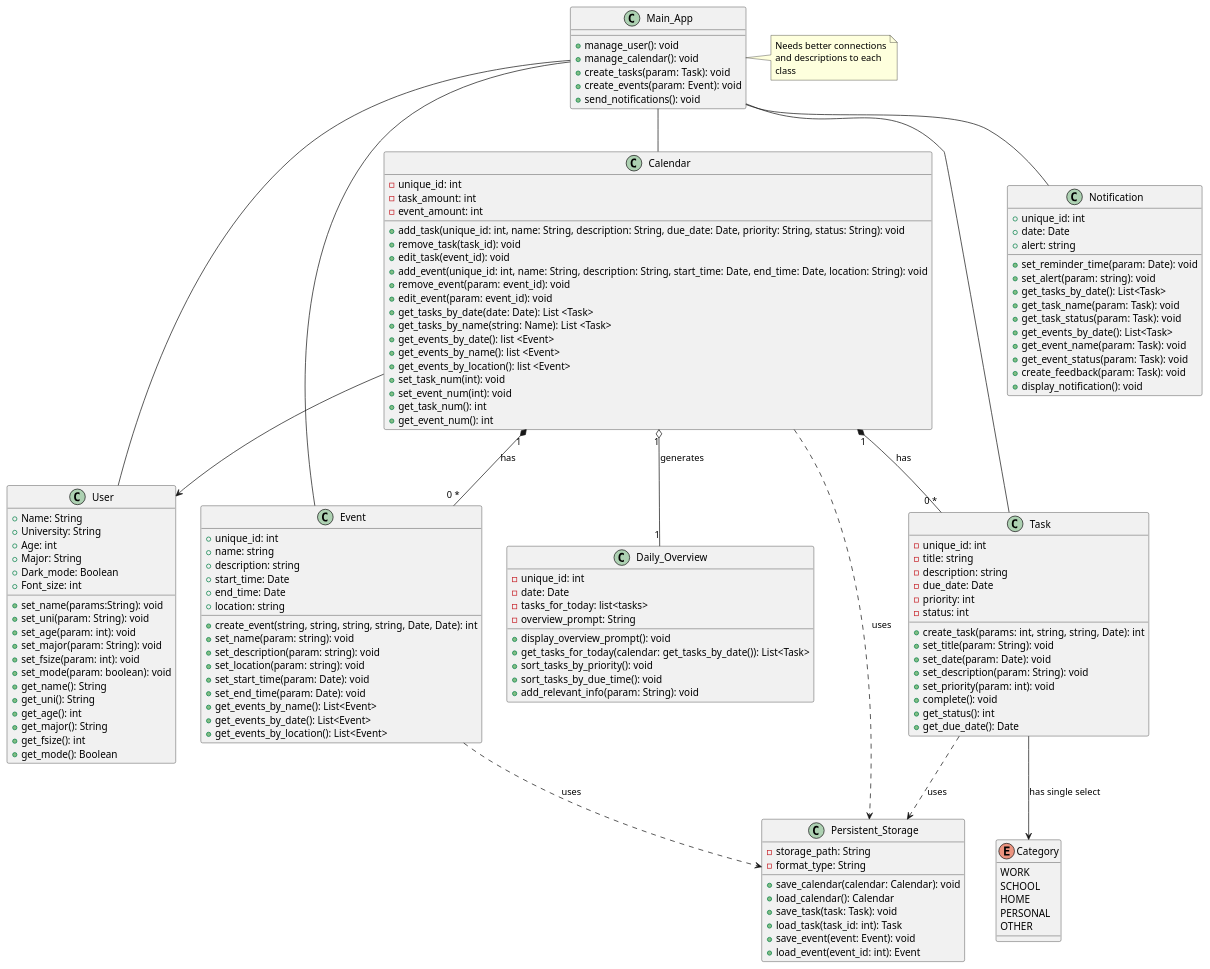
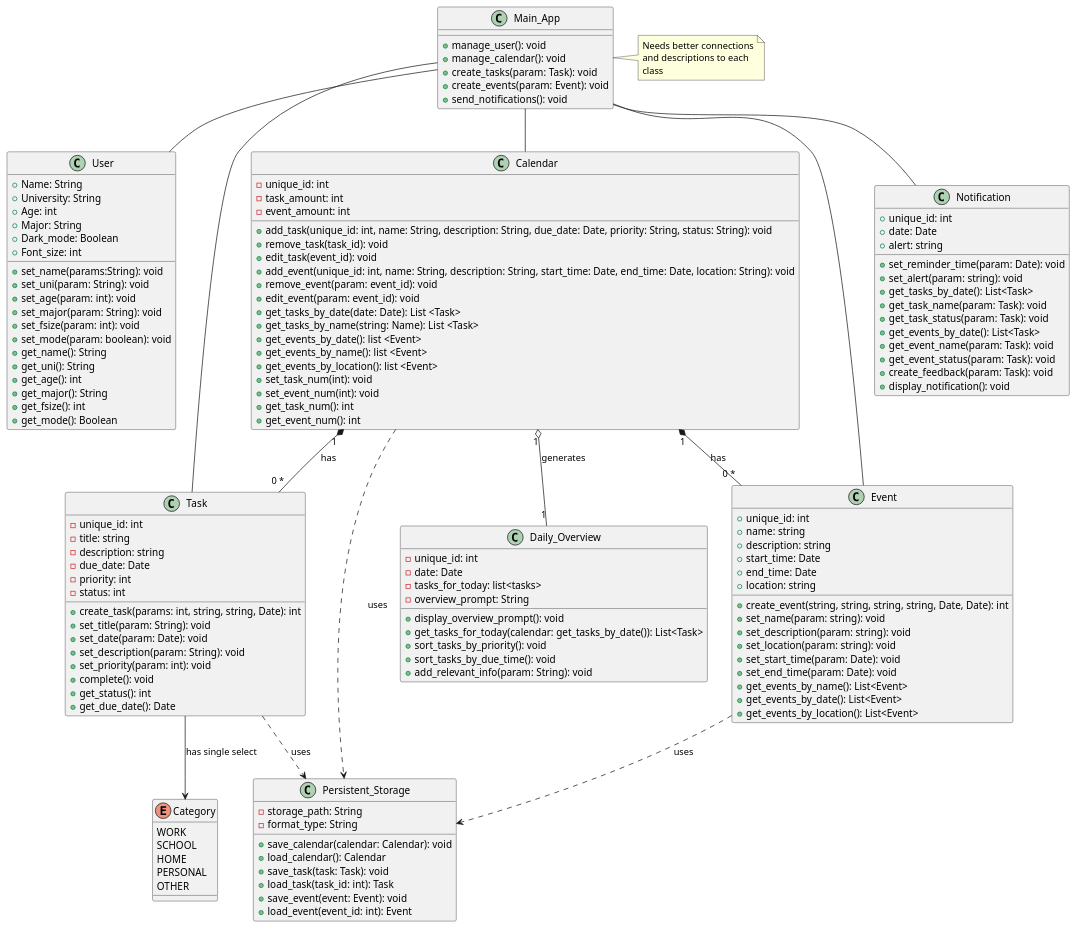
One commit to CS361-2024Fall-Term/Innovators changed the diagram in assignment6/Diagram.puml. Above: the diagram before and after it, drawn with PlantUML. The commit also changed 1 other file, not shown here.

```diff
--- a/assignment6/Diagram.puml
+++ b/assignment6/Diagram.puml
@@ -1,158 +1,157 @@
 @startuml
 
 class User {
   +Name: String
   +University: String
   +Age: int
   +Major: String
   +Dark_mode: Boolean
   +Font_size: int
   +set_name(params:String): void
   +set_uni(param: String): void
   +set_age(param: int): void
   +set_major(param: String): void
   +set_fsize(param: int): void
   +set_mode(param: boolean): void
   +get_name(): String
   +get_uni(): String
   +get_age(): int
   +get_major(): String
   +get_fsize(): int
   +get_mode(): Boolean
 }
 
 class Calendar {
   -unique_id: int  
   -task_amount: int
   -event_amount: int
   +add_task(unique_id: int, name: String, description: String, due_date: Date, priority: String, status: String): void
   +remove_task(task_id): void
   +edit_task(event_id): void
   +add_event(unique_id: int, name: String, description: String, start_time: Date, end_time: Date, location: String): void
   +remove_event(param: event_id): void
   +edit_event(param: event_id): void
   +get_tasks_by_date(date: Date): List <Task>
   +get_tasks_by_name(string: Name): List <Task>
   +get_events_by_date(): list <Event>
   +get_events_by_name(): list <Event>
   +get_events_by_location(): list <Event>
   +set_task_num(int): void
   +set_event_num(int): void
   +get_task_num(): int
   +get_event_num(): int
 }
 
 class Task {
   -unique_id: int
   -title: string
   -description: string
   -due_date: Date
   -priority: int
   -status: int
   +create_task(params: int, string, string, Date): int
   +set_title(param: String): void
   +set_date(param: Date): void
   +set_description(param: String): void
   +set_priority(param: int): void
   +complete(): void
   +get_status(): int
   +get_due_date(): Date
 }
 
 enum Category {
   WORK
   SCHOOL
   HOME
   PERSONAL
   OTHER
 }
 
 class Notification {
   +unique_id: int  
   +date: Date
   +alert: string
   
   +set_reminder_time(param: Date): void
   +set_alert(param: string): void
   +get_tasks_by_date(): List<Task>
   +get_task_name(param: Task): void
   +get_task_status(param: Task): void
   +get_events_by_date(): List<Task>
   +get_event_name(param: Task): void
   +get_event_status(param: Task): void
   +create_feedback(param: Task): void
   +display_notification(): void
 }
 
 class Event {
   +unique_id: int  
   +name: string
   +description: string
   +start_time: Date
   +end_time: Date
   +location: string
   +create_event(string, string, string, string, Date, Date): int
   +set_name(param: string): void
   +set_description(param: string): void
   +set_location(param: string): void
   +set_start_time(param: Date): void
   +set_end_time(param: Date): void
   +get_events_by_name(): List<Event>
   +get_events_by_date(): List<Event>
   +get_events_by_location(): List<Event>
 }
 
 class Daily_Overview {
     -unique_id: int
     -date: Date
     -tasks_for_today: list<tasks>
     -overview_prompt: String
 
     +display_overview_prompt(): void
     +get_tasks_for_today(calendar: get_tasks_by_date()): List<Task>
     +sort_tasks_by_priority(): void
     +sort_tasks_by_due_time(): void
     +add_relevant_info(param: String): void
 }
 
 class Main_App {
   +manage_user(): void
   +manage_calendar(): void
   +create_tasks(param: Task): void
   +create_events(param: Event): void
   +send_notifications(): void
 }
 
 note right of Main_App
   Needs better connections
   and descriptions to each
   class
 end note
 
 class Persistent_Storage {
   -storage_path: String
   -format_type: String
   +save_calendar(calendar: Calendar): void
   +load_calendar(): Calendar
   +save_task(task: Task): void
   +load_task(task_id: int): Task
   +save_event(event: Event): void
   +load_event(event_id: int): Event
 }
 
 Main_App -- User
 Main_App -- Calendar
 Main_App -- Task
 Main_App -- Event
 Main_App -- Notification
 
-Calendar --> User
 Calendar "1" *-- "0 *" Task : "has"
 Calendar "1" *-- "0 *" Event : "has"
 Calendar "1" o-- "1" Daily_Overview : "generates"
 Task --> Category : "has single select"
 Calendar ..> Persistent_Storage : "uses"
 Task ..> Persistent_Storage : "uses"
 Event ..> Persistent_Storage : "uses"
 
 @enduml
```
